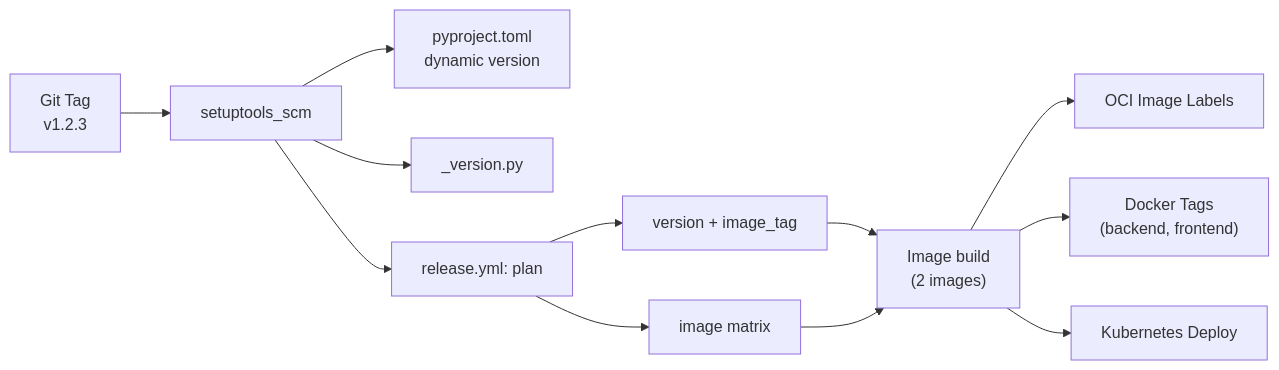
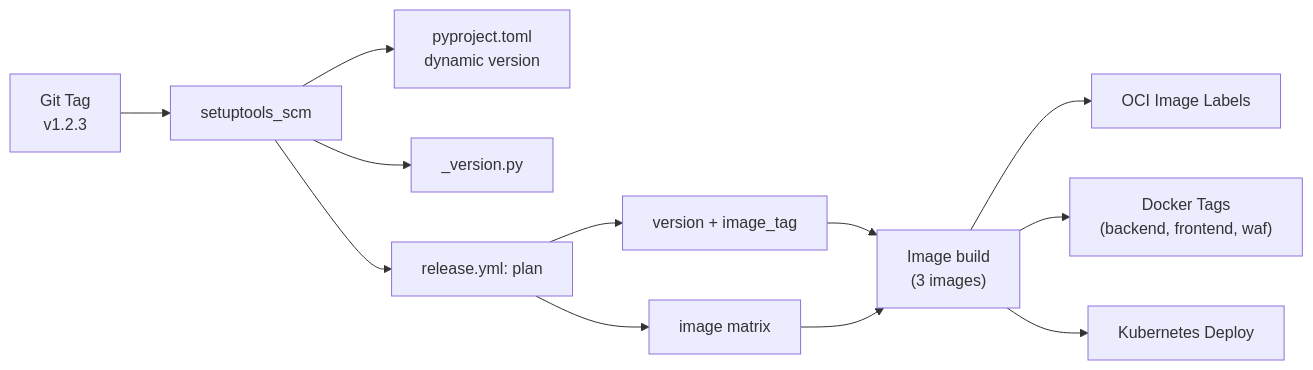
One commit to berserkhmdvhb/fullstack_template changed the second of 2 diagrams in wiki/versioning.md. Above: the diagram before and after it, drawn with Mermaid. The commit also changed other lines of this file and 27 other files, not shown here.

````diff
--- a/wiki/versioning.md
+++ b/wiki/versioning.md
@@ -182,14 +175,14 @@
 ```mermaid
 flowchart LR
     Git["Git Tag<br/>v1.2.3"] --> SCM["setuptools_scm"]
     SCM --> PyProject["pyproject.toml<br/>dynamic version"]
     SCM --> VersionFile["_version.py"]
     SCM --> CI["release.yml: plan"]
     CI --> BuildEnv["version + image_tag"]
-    BuildEnv --> BuildKit["Image build<br/>(2 images)"]
+    BuildEnv --> BuildKit["Image build<br/>(3 images)"]
     BuildKit --> Labels["OCI Image Labels"]
-    BuildKit --> Tags["Docker Tags<br/>(backend, frontend)"]
+    BuildKit --> Tags["Docker Tags<br/>(backend, frontend, waf)"]
     BuildKit --> K8s["Kubernetes Deploy"]
     CI --> ImagePlan["image matrix"]
     ImagePlan --> BuildKit
 ```
````
